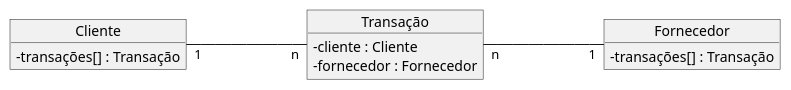
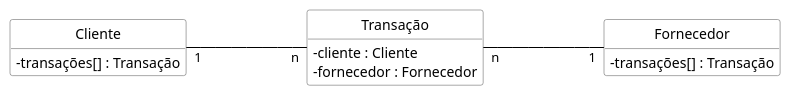
The diagram in imagens/modelos-02/mod02ima10/mod02ima10.plantuml (kyriosdata/oo), drawn with PlantUML before and after one commit. The commit also changed 26 other files, not shown here.

```diff
--- a/imagens/modelos-02/mod02ima10/mod02ima10.plantuml
+++ b/imagens/modelos-02/mod02ima10/mod02ima10.plantuml
@@ -1,13 +1,22 @@
 @startuml mod02ima10
+hide circle
+hide methods
+hide empty members
+
+skinparam class {
+    BackgroundColor White
+    ArrowColor Black
+    BorderColor #505050
+}
 skinparam classAttributeIconSize 0 
-object "Cliente" as cl
-object "Transação" as tr
-object "Fornecedor" as fo
+class "Cliente" as cl
+class "Transação" as tr
+class "Fornecedor" as fo
 cl : - transações[] : Transação
 tr : - cliente : Cliente
 tr : - fornecedor : Fornecedor
 fo : - transações[] : Transação
 left to right direction
 cl"1" --- "n"tr
 tr"n" --- "1"fo
 @enduml
```
